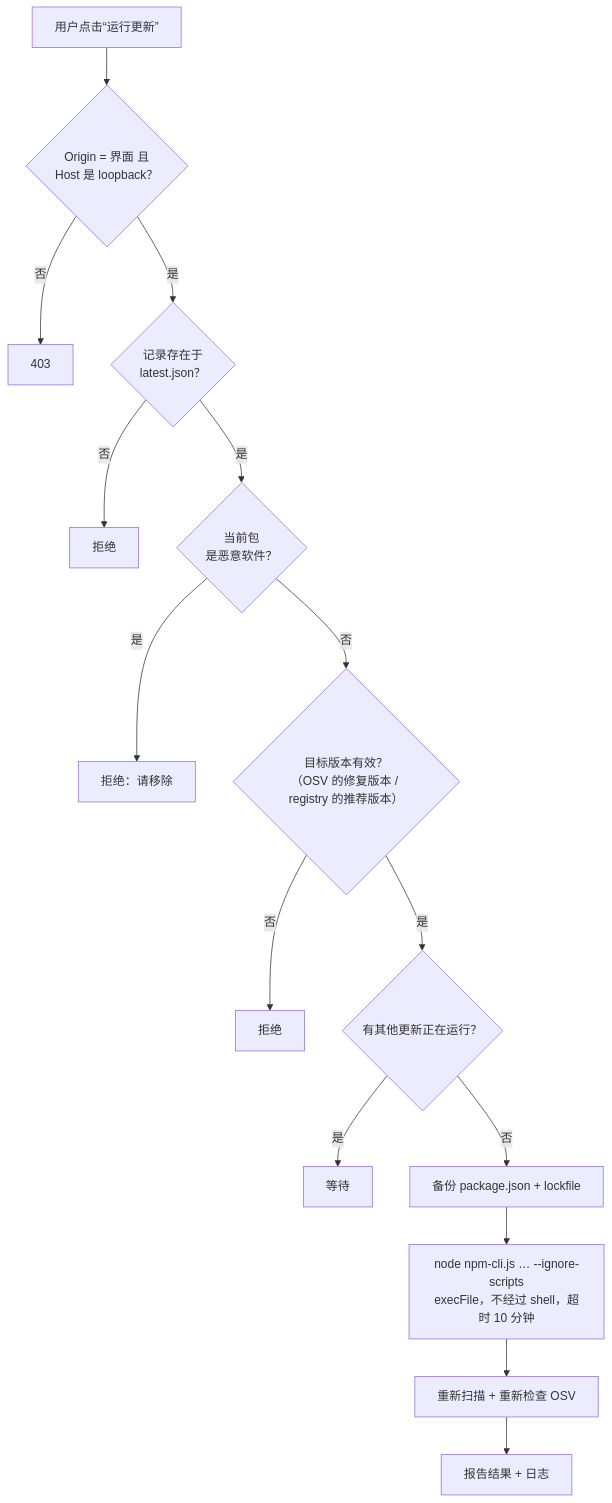
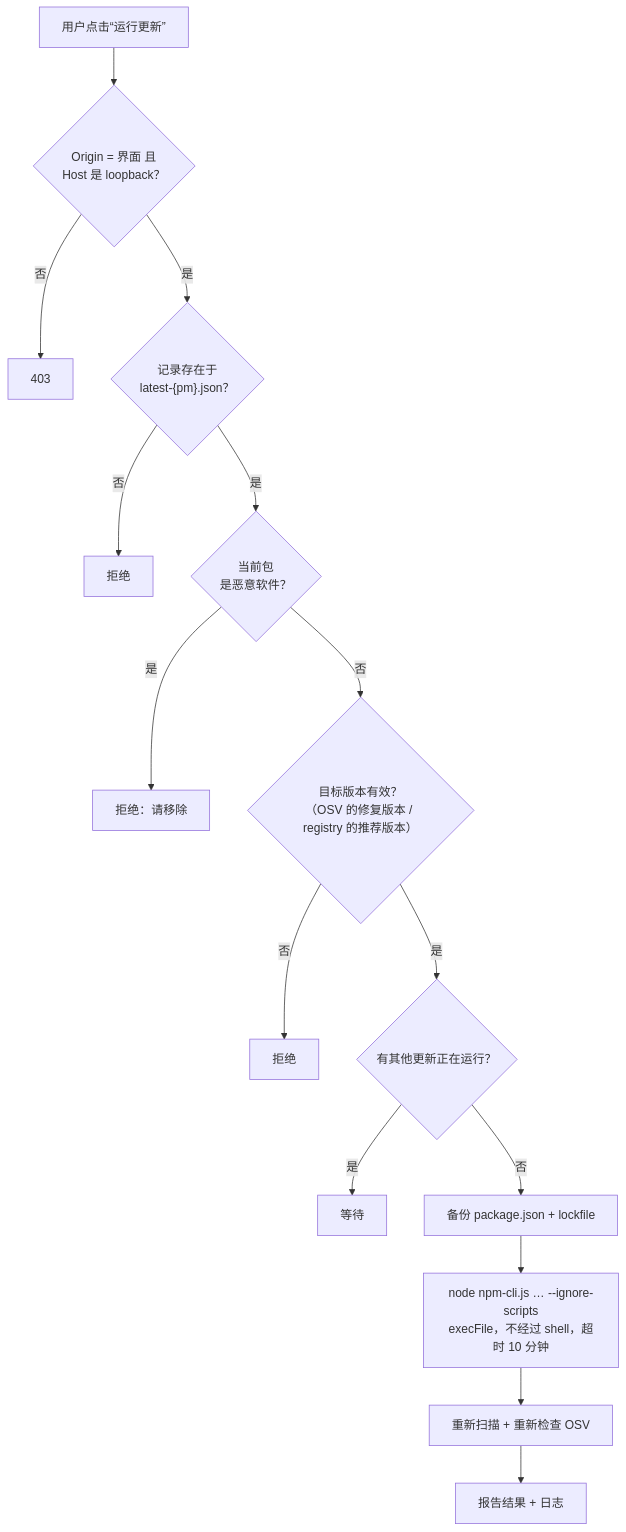
Before and after one commit to phanhuyyy/libpack-guard: the diagram in docs/zh-CN/security.md, drawn with Mermaid. The commit also changed other lines of this file and 50 other files, not shown here.

````diff
--- a/docs/zh-CN/security.md
+++ b/docs/zh-CN/security.md
@@ -15,17 +15,17 @@
 ```mermaid
 flowchart TD
     Click["用户点击“运行更新”"] --> O1{"Origin = 界面 且<br/>Host 是 loopback？"}
     O1 -- 否 --> X1["403"]
-    O1 -- 是 --> O2{"记录存在于<br/>latest.json？"}
+    O1 -- 是 --> O2{"记录存在于<br/>latest-{pm}.json？"}
     O2 -- 否 --> X2["拒绝"]
     O2 -- 是 --> O3{"当前包<br/>是恶意软件？"}
     O3 -- 是 --> X3["拒绝：请移除"]
     O3 -- 否 --> O4{"目标版本有效？<br/>（OSV 的修复版本 / registry 的推荐版本）"}
     O4 -- 否 --> X4["拒绝"]
     O4 -- 是 --> O5{"有其他更新正在运行？"}
     O5 -- 是 --> X5["等待"]
     O5 -- 否 --> Bk["备份 package.json + lockfile"]
     Bk --> Run["node npm-cli.js … --ignore-scripts<br/>execFile，不经过 shell，超时 10 分钟"]
     Run --> Re["重新扫描 + 重新检查 OSV"]
     Re --> Res["报告结果 + 日志"]
 ```
````
